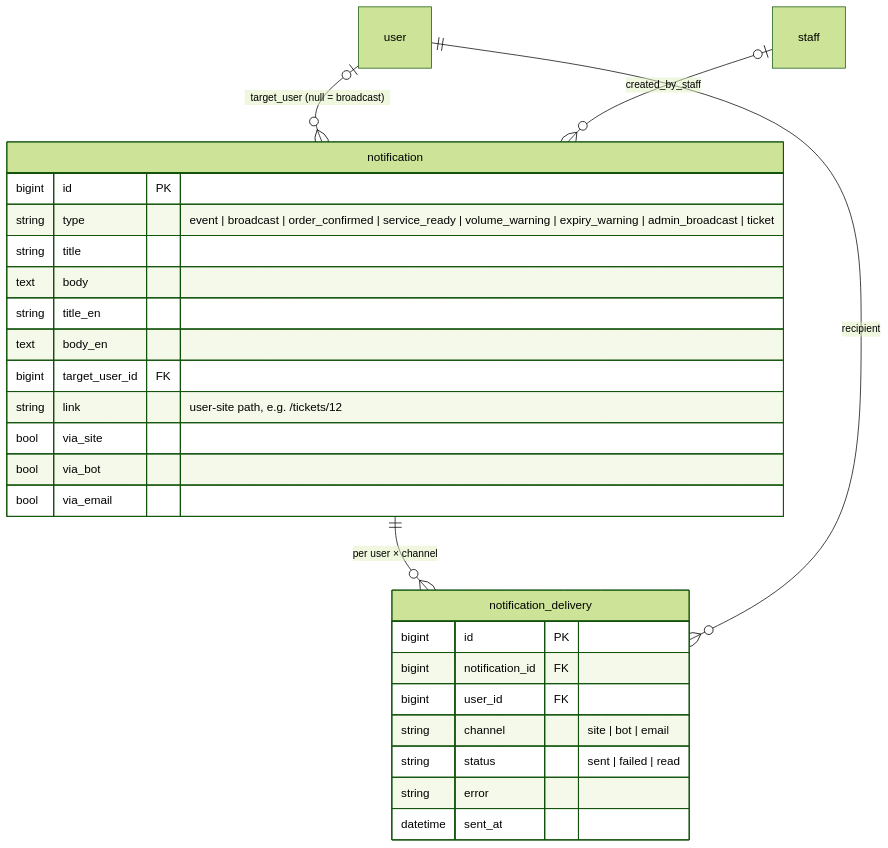
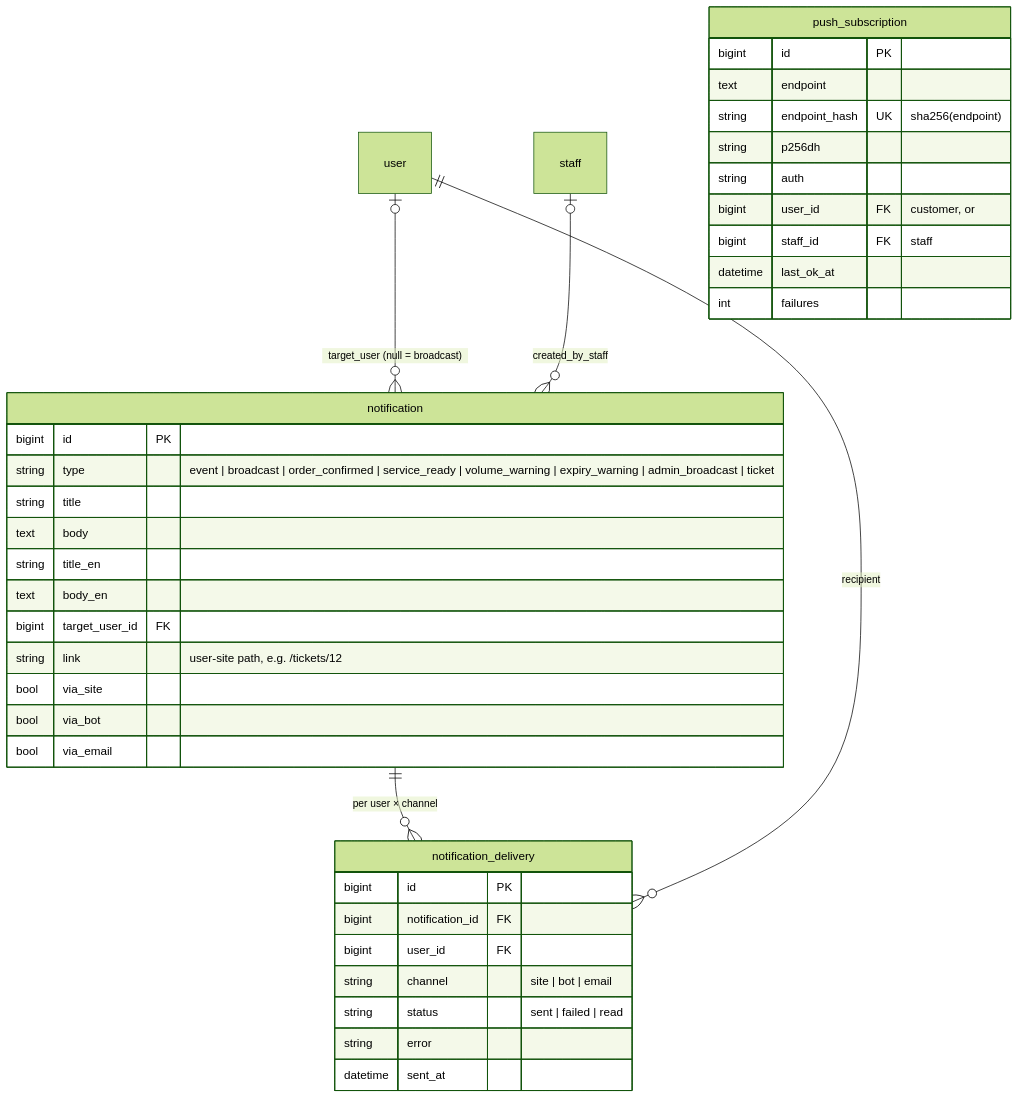
Before and after one commit to santiyagoburcart/caspintunel: the seventh of 8 diagrams in docs/erd.md, drawn with Mermaid (forest theme). The commit also changed other lines of this file and 66 other files, not shown here.

````diff
--- a/docs/erd.md
+++ b/docs/erd.md
@@ -746,30 +750,41 @@
 ```mermaid
 erDiagram
     notification ||--o{ notification_delivery : "per user × channel"
     user |o--o{ notification : "target_user (null = broadcast)"
     user ||--o{ notification_delivery : "recipient"
     staff |o--o{ notification : "created_by_staff"
 
     notification {
         bigint id PK
         string type "event | broadcast | order_confirmed | service_ready | volume_warning | expiry_warning | admin_broadcast | ticket"
         string title
         text body
         string title_en
         text body_en
         bigint target_user_id FK
         string link "user-site path, e.g. /tickets/12"
         bool via_site
         bool via_bot
         bool via_email
     }
+    push_subscription {
+        bigint id PK
+        text endpoint
+        string endpoint_hash UK "sha256(endpoint)"
+        string p256dh
+        string auth
+        bigint user_id FK "customer, or"
+        bigint staff_id FK "staff"
+        datetime last_ok_at
+        int failures
+    }
     notification_delivery {
         bigint id PK
         bigint notification_id FK
         bigint user_id FK
         string channel "site | bot | email"
         string status "sent | failed | read"
         string error
         datetime sent_at
     }
 ```
````
